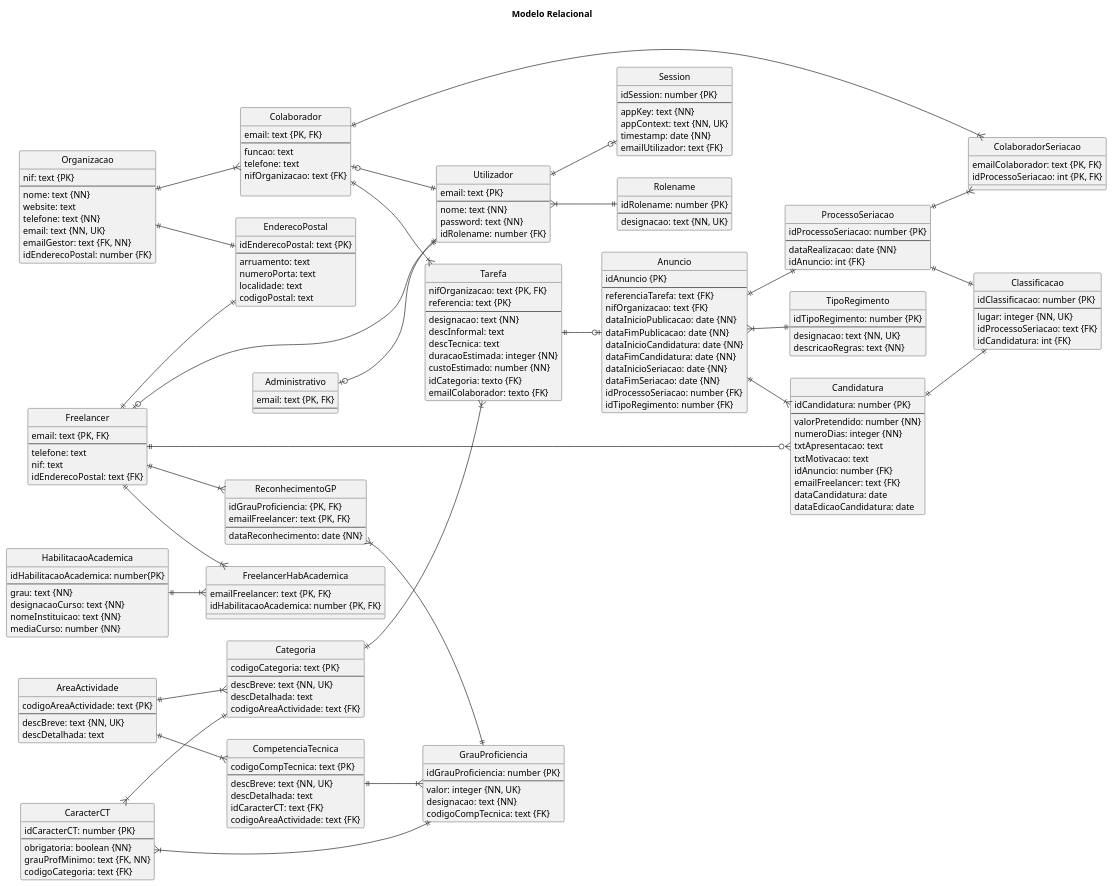
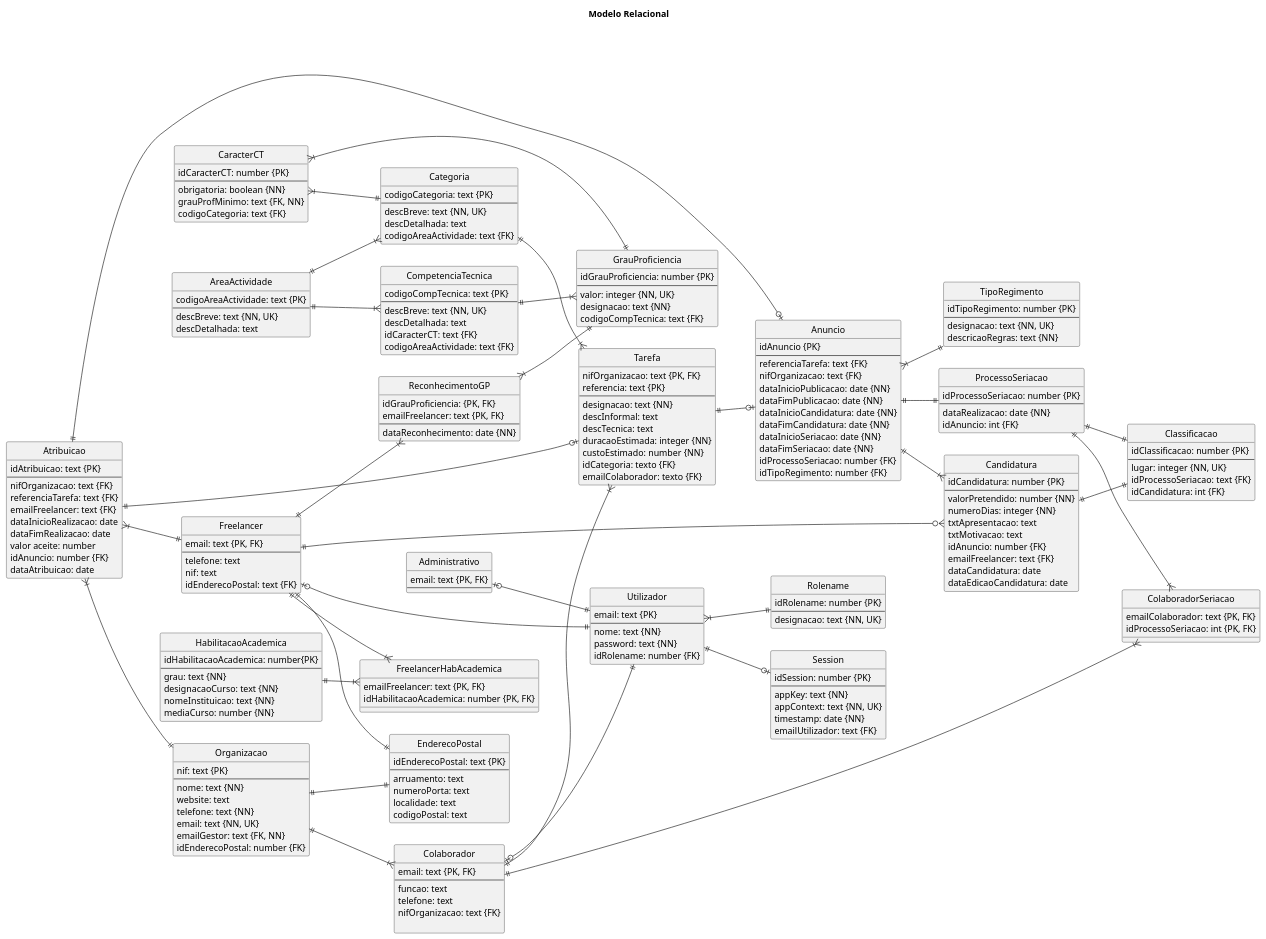
Before and after one commit to blestonbandeiraUPSKILL/upskill_java1_labprg_grupo2: the diagram in BaseDados/Modelo_Relacional.puml, drawn with PlantUML. The commit also changed 7 other files, not shown here.

```diff
--- a/BaseDados/Modelo_Relacional.puml
+++ b/BaseDados/Modelo_Relacional.puml
@@ -201,6 +201,19 @@
     designacao: text {NN, UK}
 }
 
+entity "Atribuicao" {
+    idAtribuicao: text {PK}
+    --
+    nifOrganizacao: text {FK}
+    referenciaTarefa: text {FK}
+    emailFreelancer: text {FK}
+    dataInicioRealizacao: date
+    dataFimRealizacao: date
+    valor aceite: number
+    idAnuncio: number {FK}
+    dataAtribuicao: date
+}
+
 
 
 AreaActividade ||--|{ Categoria
@@ -231,5 +244,9 @@
 Colaborador ||--|{ ColaboradorSeriacao
 Utilizador }|--|| Rolename
 Utilizador ||--o| Session
+Atribuicao }|--|| Freelancer
+Atribuicao ||--o| Tarefa
+Atribuicao ||--o| Anuncio
+Atribuicao }|--|| Organizacao
 
 @enduml
```
